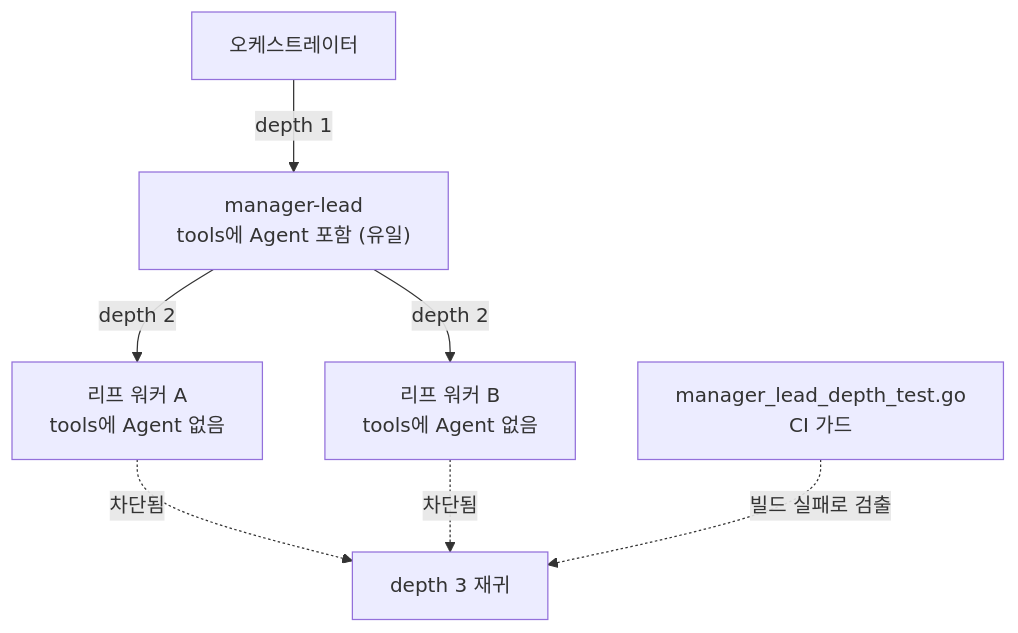
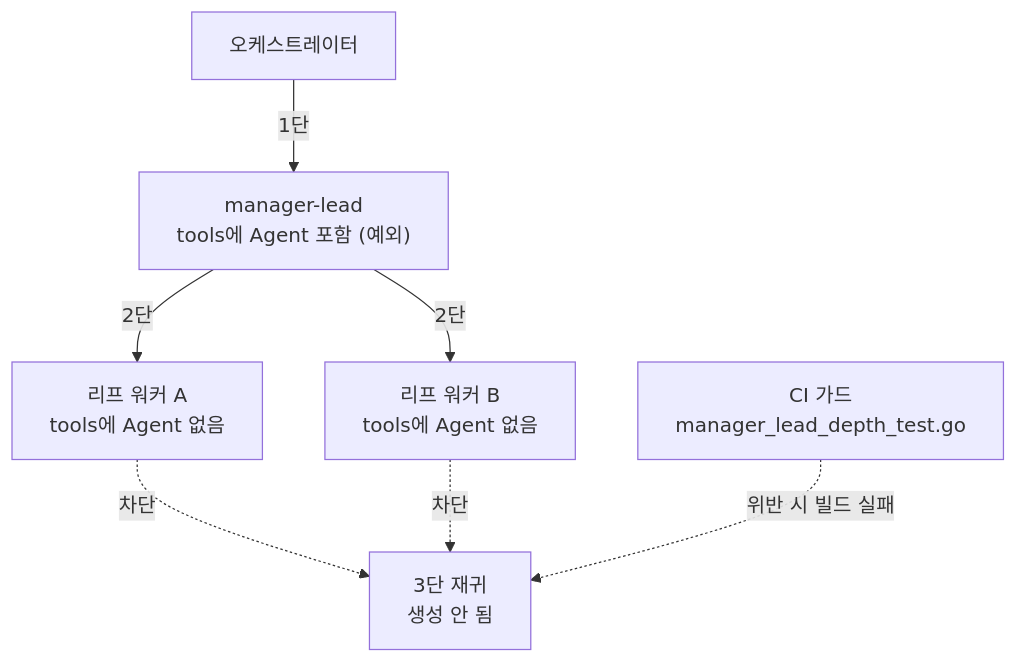
One commit to modu-ai/moai-adk changed the fourth of 4 diagrams in docs-site/content/ko/advanced/agent-guide.md. Above: the diagram before and after it, drawn with Mermaid. The commit also changed other lines of this file and 7 other files, not shown here.

````diff
--- a/docs-site/content/ko/advanced/agent-guide.md
+++ b/docs-site/content/ko/advanced/agent-guide.md
@@ -166,9 +189,9 @@
 ```mermaid
 flowchart TD
-    ORCH["오케스트레이터"] -->|"depth 1"| LEAD["manager-lead<br>tools에 Agent 포함 (유일)"]
-    LEAD -->|"depth 2"| W1["리프 워커 A<br>tools에 Agent 없음"]
-    LEAD -->|"depth 2"| W2["리프 워커 B<br>tools에 Agent 없음"]
-    W1 -.->|"차단됨"| X["depth 3 재귀"]
-    W2 -.->|"차단됨"| X
-    GUARD["manager_lead_depth_test.go<br>CI 가드"] -.->|"빌드 실패로 검출"| X
+    ORCH["오케스트레이터"] -->|"1단"| LEAD["manager-lead<br>tools에 Agent 포함 (예외)"]
+    LEAD -->|"2단"| W1["리프 워커 A<br>tools에 Agent 없음"]
+    LEAD -->|"2단"| W2["리프 워커 B<br>tools에 Agent 없음"]
+    W1 -.->|"차단"| X["3단 재귀<br>생성 안 됨"]
+    W2 -.->|"차단"| X
+    GUARD["CI 가드<br>manager_lead_depth_test.go"] -.->|"위반 시 빌드 실패"| X
 ```
````
